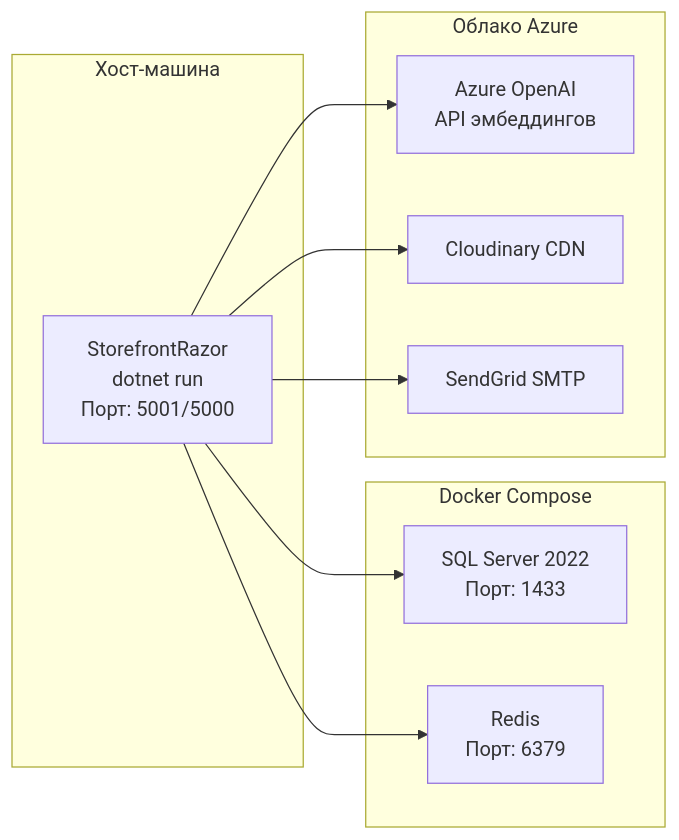
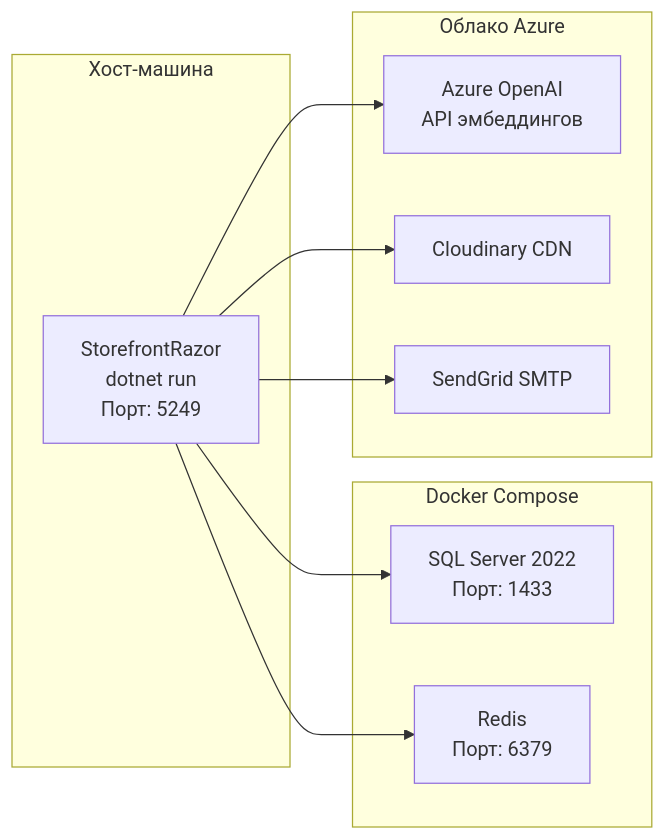
One commit to Takudzwamz/diplomaInnocent changed the sixth of 6 diagrams in diplomnaya-rabota/02-ARCHITECTURE.md. Above: the diagram before and after it, drawn with Mermaid. The commit also changed 11 other files, not shown here.

````diff
--- a/diplomnaya-rabota/02-ARCHITECTURE.md
+++ b/diplomnaya-rabota/02-ARCHITECTURE.md
@@ -232,23 +232,23 @@
 ```mermaid
 graph LR
     subgraph Docker["Docker Compose"]
         SQL[SQL Server 2022<br/>Порт: 1433]
         Redis[Redis<br/>Порт: 6379]
     end
 
     subgraph Host["Хост-машина"]
-        App[StorefrontRazor<br/>dotnet run<br/>Порт: 5001/5000]
+        App[StorefrontRazor<br/>dotnet run<br/>Порт: 5249]
     end
 
     subgraph Cloud["Облако Azure"]
         AOI[Azure OpenAI<br/>API эмбеддингов]
         CDN[Cloudinary CDN]
         SG[SendGrid SMTP]
     end
 
     App --> SQL
     App --> Redis
     App --> AOI
     App --> CDN
     App --> SG
 ```
````
